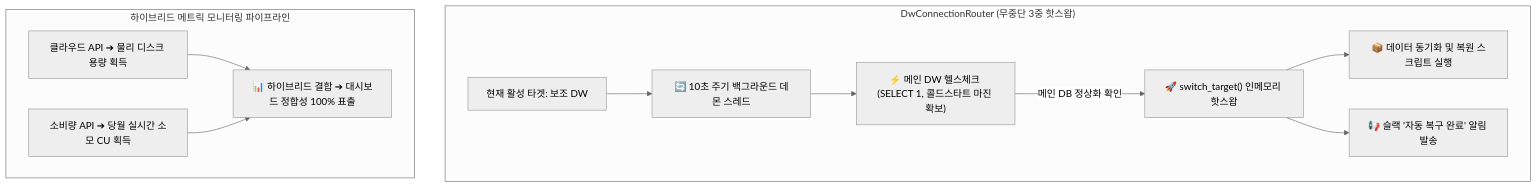
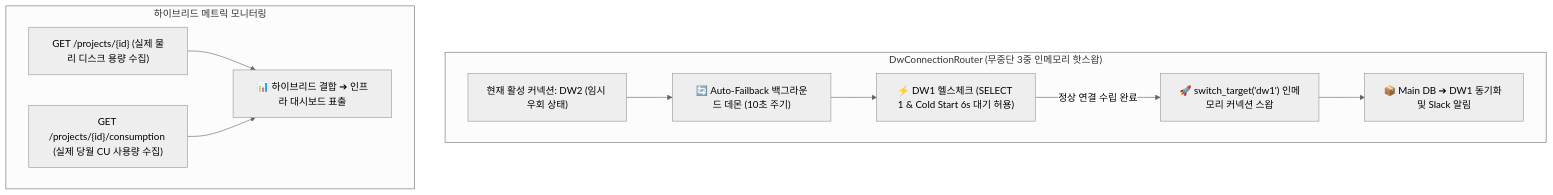
The diagram in content/posts/picksafe/2026-09-01-Multi-DW-자동-복구-Auto-Failback-및-글로벌-리셋-타임존-동기화-아키텍처.md (daniel-dataflow/daniel-dataflow.github.io), drawn with Mermaid (neutral theme) before and after one commit. The commit also changed other lines of this file and 64 other files, not shown here.

````diff
--- a/content/posts/picksafe/2026-09-01-Multi-DW-자동-복구-Auto-Failback-및-글로벌-리셋-타임존-동기화-아키텍처.md
+++ b/content/posts/picksafe/2026-09-01-Multi-DW-자동-복구-Auto-Failback-및-글로벌-리셋-타임존-동기화-아키텍처.md
@@ -59,25 +65,23 @@
 ```mermaid
 flowchart TD
-    subgraph DW_Router ["DwConnectionRouter (무중단 3중 핫스왑)"]
-        ACTIVE["현재 활성 타겟: 보조 DW"]
-        WORKER["🔄 10초 주기 백그라운드 데몬 스레드"]
-        PING["⚡ 메인 DW 헬스체크 (SELECT 1, 콜드스타트 마진 확보)"]
-        SWAP["🚀 switch_target() 인메모리 핫스왑"]
-        RESTORE["📦 데이터 동기화 및 복원 스크립트 실행"]
-        SLACK["📢 슬랙 '자동 복구 완료' 알림 발송"]
+    subgraph ConnectionRouter ["DwConnectionRouter (무중단 3중 인메모리 핫스왑)"]
+        ACTIVE["현재 활성 커넥션: DW2 (임시 우회 상태)"]
+        DAEMON["🔄 Auto-Failback 백그라운드 데몬 (10초 주기)"]
+        HEALTH["⚡ DW1 헬스체크 (SELECT 1 & Cold Start 6s 대기 허용)"]
+        SWAP["🚀 switch_target('dw1') 인메모리 커넥션 스왑"]
+        SYNC["📦 Main DB ➔ DW1 동기화 및 Slack 알림"]
     end
 
-    subgraph Metrics_Pipeline ["하이브리드 메트릭 모니터링 파이프라인"]
-        M1["클라우드 API ➔ 물리 디스크 용량 획득"]
-        M2["소비량 API ➔ 당월 실시간 소모 CU 획득"]
-        M_COMBINE["📊 하이브리드 결합 ➔ 대시보드 정합성 100% 표출"]
+    subgraph MetricsPipeline ["하이브리드 메트릭 모니터링"]
+        M1["GET /projects/{id} (실제 물리 디스크 용량 수집)"]
+        M2["GET /projects/{id}/consumption (실제 당월 CU 사용량 수집)"]
+        COMBINE["📊 하이브리드 결합 ➔ 인프라 대시보드 표출"]
     end
 
-    ACTIVE --> WORKER
-    WORKER --> PING
-    PING -->|메인 DB 정상화 확인| SWAP
-    SWAP --> RESTORE
-    SWAP --> SLACK
-    M1 --> M_COMBINE
-    M2 --> M_COMBINE
+    ACTIVE --> DAEMON
+    DAEMON --> HEALTH
+    HEALTH -->|정상 연결 수립 완료| SWAP
+    SWAP --> SYNC
+    M1 --> COMBINE
+    M2 --> COMBINE
 ```
````
